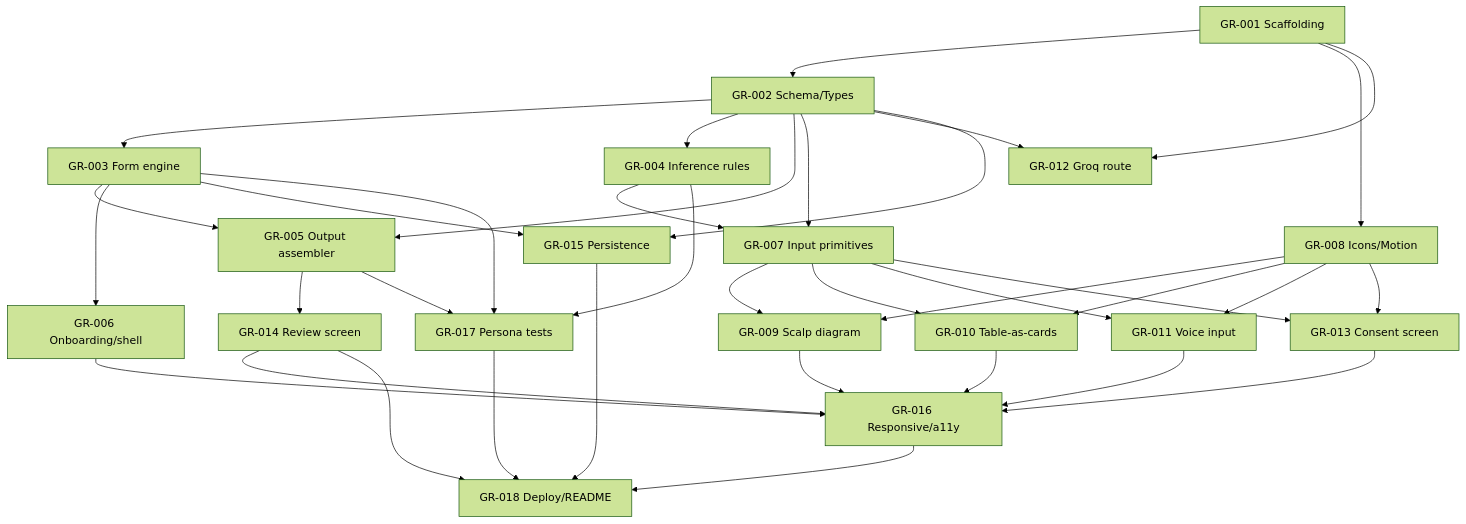
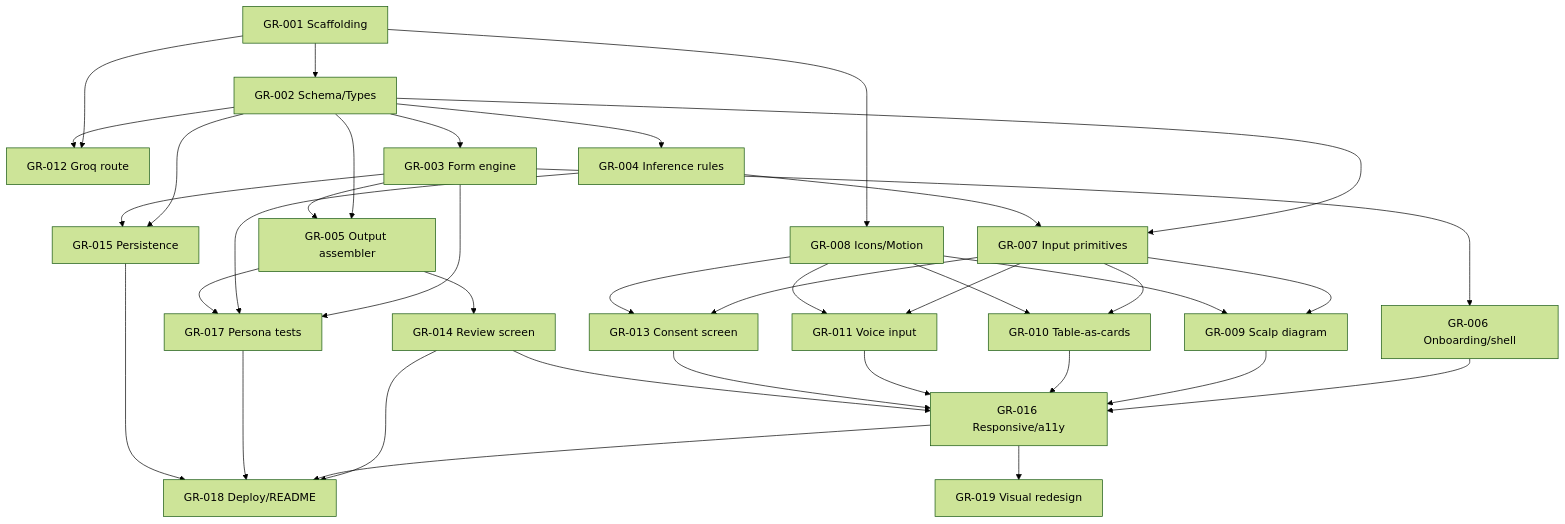
Before and after one commit to SharmaSamridhhi/genoroot: the diagram in specs/README.md, drawn with Mermaid (forest theme). The commit also changed other lines of this file and 27 other files, not shown here.

````diff
--- a/specs/README.md
+++ b/specs/README.md
@@ -36,45 +37,47 @@
 ```mermaid
 graph TD
   GR001[GR-001 Scaffolding] --> GR002[GR-002 Schema/Types]
   GR001 --> GR008[GR-008 Icons/Motion]
   GR001 --> GR012[GR-012 Groq route]
 
   GR002 --> GR003[GR-003 Form engine]
   GR002 --> GR004[GR-004 Inference rules]
   GR002 --> GR005[GR-005 Output assembler]
   GR002 --> GR007[GR-007 Input primitives]
   GR002 --> GR012
   GR002 --> GR015[GR-015 Persistence]
 
   GR003 --> GR005
   GR003 --> GR006[GR-006 Onboarding/shell]
   GR003 --> GR015
   GR003 --> GR017[GR-017 Persona tests]
 
   GR004 --> GR007
   GR004 --> GR017
   GR005 --> GR014[GR-014 Review screen]
   GR005 --> GR017
 
   GR007 --> GR009[GR-009 Scalp diagram]
   GR007 --> GR010[GR-010 Table-as-cards]
   GR007 --> GR011[GR-011 Voice input]
   GR007 --> GR013[GR-013 Consent screen]
 
   GR008 --> GR009
   GR008 --> GR010
   GR008 --> GR011
   GR008 --> GR013
 
   GR006 --> GR016[GR-016 Responsive/a11y]
   GR009 --> GR016
   GR010 --> GR016
   GR011 --> GR016
   GR013 --> GR016
   GR014 --> GR016
 
   GR014 --> GR018[GR-018 Deploy/README]
   GR016 --> GR018
   GR017 --> GR018
   GR015 --> GR018
+
+  GR016 --> GR019[GR-019 Visual redesign]
 ```
````
